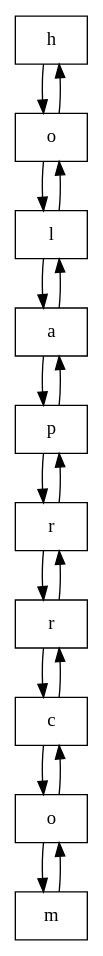
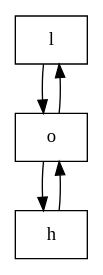
The diagram in listaCaracteres.dot (RonaldOrdonez/EDD_1S2020_P1_201314564), drawn with Graphviz before and after one commit. The commit also changed 15 other files, not shown here.

Commit message:
graph edd

```diff
--- a/listaCaracteres.dot
+++ b/listaCaracteres.dot
@@ -1,31 +1,10 @@
 digraph caracteres{ 
 node[shape=record]; 
-node0[label=h];
+node0[label="l"];
 node0->node1;
 node1->node0;
-node1[label=o];
+node1[label="o"];
 node1->node2;
 node2->node1;
-node2[label=l];
-node2->node3;
-node3->node2;
-node3[label=a];
-node3->node4;
-node4->node3;
-node4[label=p];
-node4->node5;
-node5->node4;
-node5[label=r];
-node5->node6;
-node6->node5;
-node6[label=r];
-node6->node7;
-node7->node6;
-node7[label=c];
-node7->node8;
-node8->node7;
-node8[label=o];
-node8->node9;
-node9->node8;
-node9[label=m];
+node2[label=h];
 }
```
